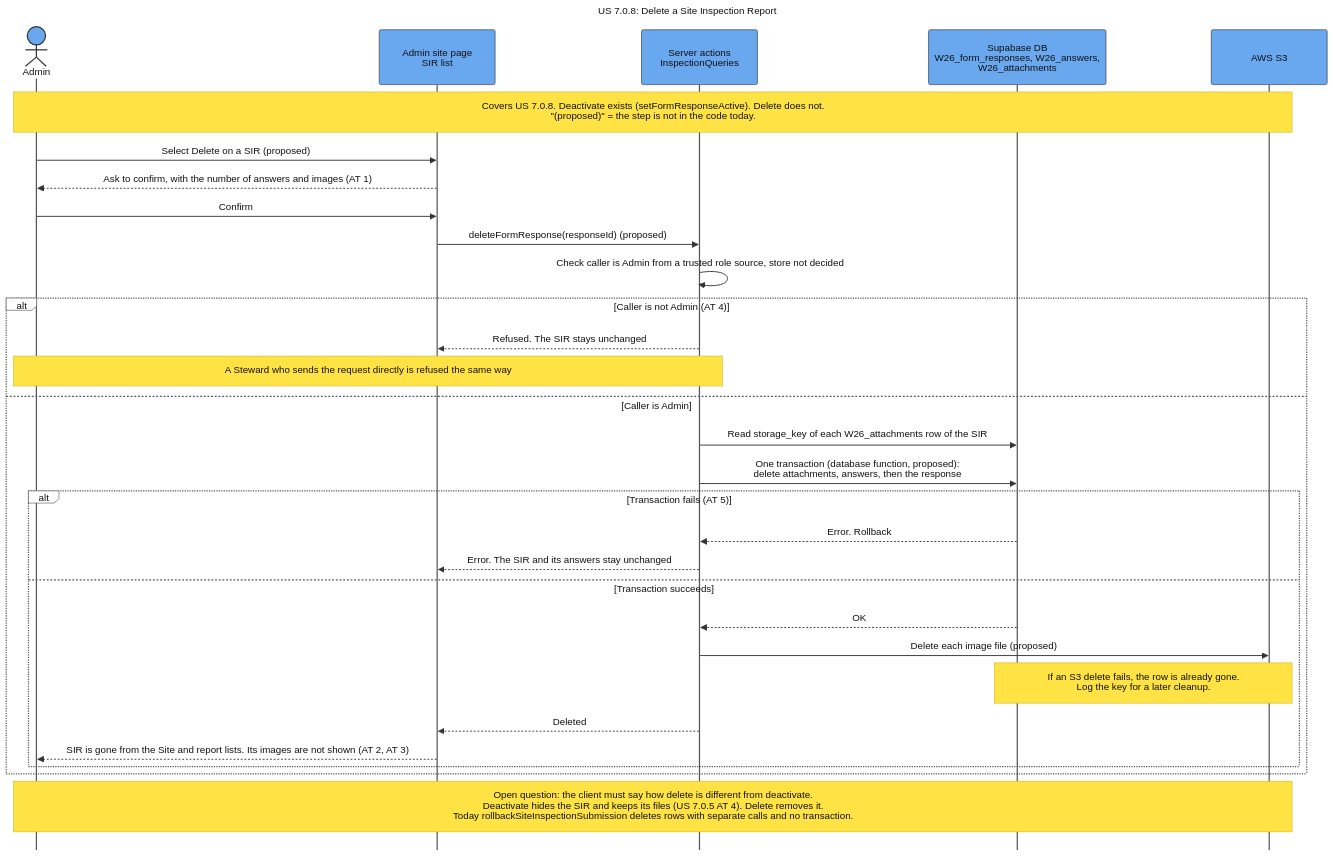
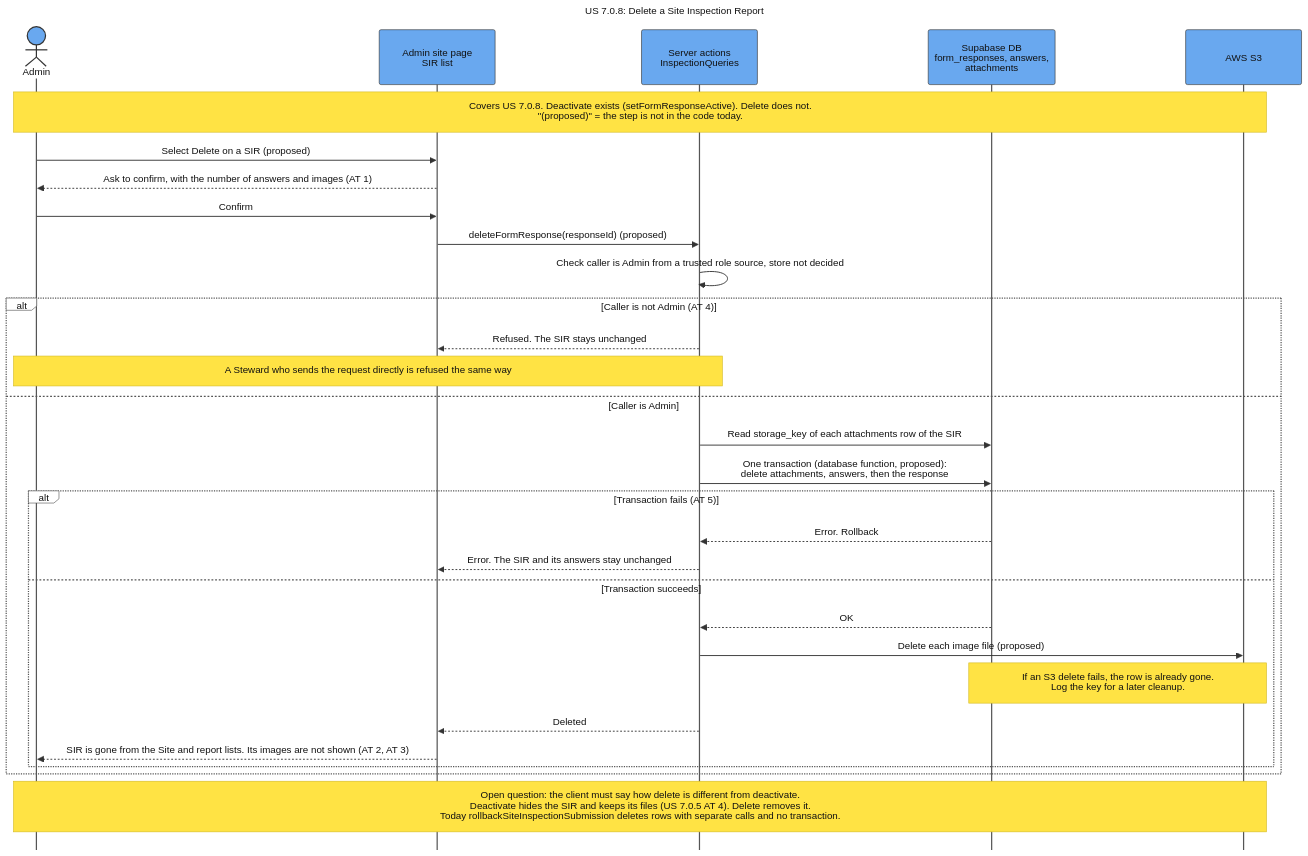
The diagram in docs/assets/Sequence_US_7_0_8_Delete_SIR.mmd (SAPAA-Dev/W26Project-SAPAA-Dev-Team), drawn with Mermaid before and after one commit. The commit also changed 88 other files, not shown here.

```diff
--- a/docs/assets/Sequence_US_7_0_8_Delete_SIR.mmd
+++ b/docs/assets/Sequence_US_7_0_8_Delete_SIR.mmd
@@ -1,75 +1,75 @@
 ---
 title: "US 7.0.8: Delete a Site Inspection Report"
 config:
   theme: base
   sequence:
     actorMargin: 75
     boxMargin: 12
     diagramMarginX: 45
     diagramMarginY: 30
     messageMargin: 40
     noteMargin: 16
     mirrorActors: false
     width: 190
     height: 90
   themeVariables:
     background: "#ffffff"
     primaryColor: "#69a8ef"
     primaryBorderColor: "#333333"
     primaryTextColor: "#111111"
     actorBkg: "#69a8ef"
     actorBorder: "#333333"
     actorTextColor: "#111111"
     actorLineColor: "#555555"
     signalColor: "#333333"
     signalTextColor: "#111111"
     activationBkgColor: "#cdd3db"
     activationBorderColor: "#cdd3db"
     noteBkgColor: "#ffe344"
     noteBorderColor: "#d4ba24"
     noteTextColor: "#111111"
     labelBoxBkgColor: "#ffffff"
     labelBoxBorderColor: "#555555"
     labelTextColor: "#111111"
     loopTextColor: "#111111"
     altBackground: "#ffffff"
   themeCSS: |
     .actor-line {
       stroke-dasharray: 10 10 !important;
       stroke-width: 1.25px !important;
     }
 ---
 sequenceDiagram
     autonumber off
     actor Admin
     participant Page as Admin site page<br/>SIR list
     participant Server as Server actions<br/>InspectionQueries
-    participant DB as Supabase DB<br/>W26_form_responses, W26_answers,<br/>W26_attachments
+    participant DB as Supabase DB<br/>form_responses, answers,<br/>attachments
     participant S3 as AWS S3
 
     Note over Admin,S3: Covers US 7.0.8. Deactivate exists (setFormResponseActive). Delete does not.<br/>"(proposed)" = the step is not in the code today.
 
     Admin->>Page: Select Delete on a SIR (proposed)
     Page-->>Admin: Ask to confirm, with the number of answers and images (AT 1)
     Admin->>Page: Confirm
     Page->>Server: deleteFormResponse(responseId) (proposed)
     Server->>Server: Check caller is Admin from a trusted role source, store not decided
     alt Caller is not Admin (AT 4)
         Server-->>Page: Refused. The SIR stays unchanged
         Note over Admin,Server: A Steward who sends the request directly is refused the same way
     else Caller is Admin
-        Server->>DB: Read storage_key of each W26_attachments row of the SIR
+        Server->>DB: Read storage_key of each attachments row of the SIR
         Server->>DB: One transaction (database function, proposed):<br/>delete attachments, answers, then the response
         alt Transaction fails (AT 5)
             DB-->>Server: Error. Rollback
             Server-->>Page: Error. The SIR and its answers stay unchanged
         else Transaction succeeds
             DB-->>Server: OK
             Server->>S3: Delete each image file (proposed)
             Note over DB,S3: If an S3 delete fails, the row is already gone.<br/>Log the key for a later cleanup.
             Server-->>Page: Deleted
             Page-->>Admin: SIR is gone from the Site and report lists. Its images are not shown (AT 2, AT 3)
         end
     end
 
     Note over Admin,S3: Open question: the client must say how delete is different from deactivate.<br/>Deactivate hides the SIR and keeps its files (US 7.0.5 AT 4). Delete removes it.<br/>Today rollbackSiteInspectionSubmission deletes rows with separate calls and no transaction.
```
